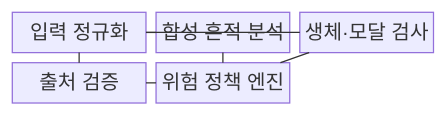
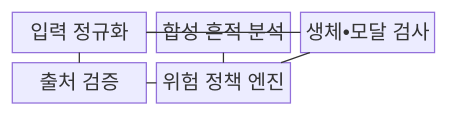
One commit to agnusdei1207/knowledge-base changed the first of 2 diagrams in src/content/docs/notes/05-security/092_deepfake_detection.md. Above: the diagram before and after it, drawn with Mermaid. The commit also changed other lines of this file and 953 other files, not shown here.

````diff
--- a/src/content/docs/notes/05-security/092_deepfake_detection.md
+++ b/src/content/docs/notes/05-security/092_deepfake_detection.md
@@ -63,15 +63,15 @@
 ```mermaid
 block-beta
   columns 3
   A["입력 정규화"]
   B["합성 흔적 분석"]
-  C["생체·모달 검사"]
+  C["생체•모달 검사"]
   D["출처 검증"]
   E["위험 정책 엔진"]
   A --- B
   A --- C
   A --- D
   B --- E
   C --- E
   D --- E
 ```
````
